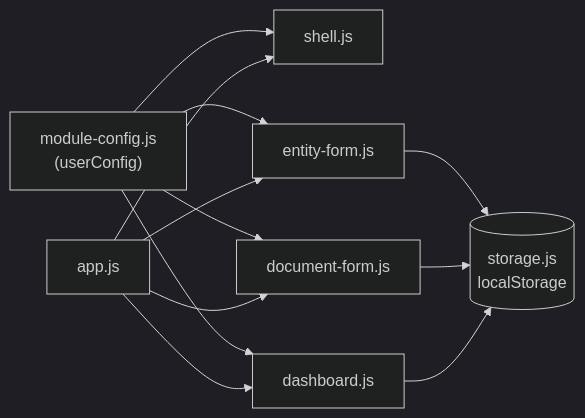
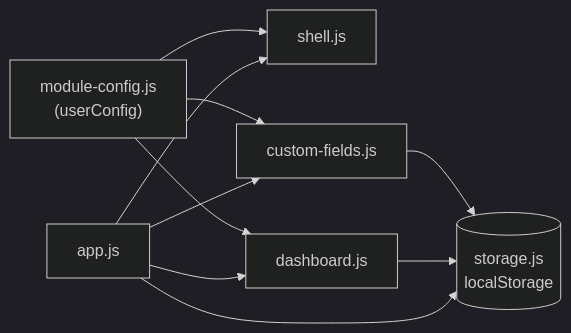
The diagram in specs/001-erp-base-module/plan.md (MDS-BI/Grupo-07), drawn with Mermaid (dark theme) before and after one commit. The commit also changed other lines of this file and 15 other files, not shown here.

````diff
--- a/specs/001-erp-base-module/plan.md
+++ b/specs/001-erp-base-module/plan.md
@@ -81,14 +81,12 @@
 ```mermaid
 flowchart LR
     CFG["module-config.js<br/>(userConfig)"] --> SHELL["shell.js"]
     CFG --> DASH["dashboard.js"]
-    CFG --> EF["entity-form.js"]
-    CFG --> DF["document-form.js"]
-    EF --> ST[("storage.js<br/>localStorage")]
-    DF --> ST
+    CFG --> CF["custom-fields.js"]
+    CF --> ST[("storage.js<br/>localStorage")]
     DASH --> ST
     APP["app.js"] --> SHELL
     APP --> DASH
-    APP --> EF
-    APP --> DF
+    APP --> CF
+    APP --> ST
 ```
````
